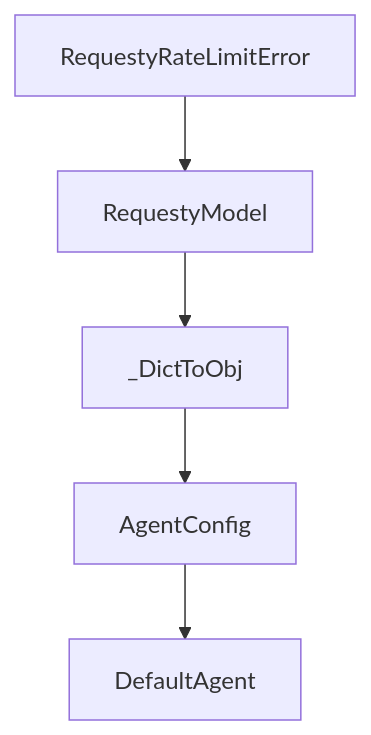
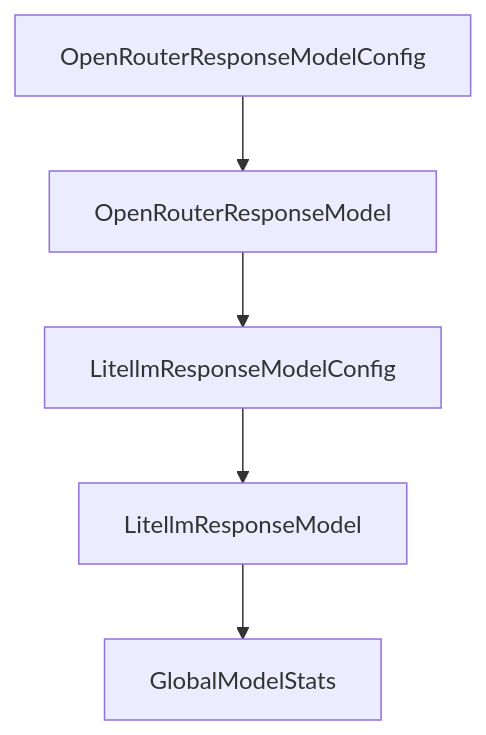
Before and after one commit to johnxie/awesome-code-docs: the diagram in tutorials/mini-swe-agent-tutorial/05-environments-sandboxing-and-deployment.md, drawn with Mermaid. The commit also changed other lines of this file and 1232 other files, not shown here.

````diff
--- a/tutorials/mini-swe-agent-tutorial/05-environments-sandboxing-and-deployment.md
+++ b/tutorials/mini-swe-agent-tutorial/05-environments-sandboxing-and-deployment.md
@@ -212,12 +210,12 @@
 ```mermaid
 flowchart TD
-    A[RequestyRateLimitError]
-    B[RequestyModel]
-    C[_DictToObj]
-    D[AgentConfig]
-    E[DefaultAgent]
+    A[OpenRouterResponseModelConfig]
+    B[OpenRouterResponseModel]
+    C[LitellmResponseModelConfig]
+    D[LitellmResponseModel]
+    E[GlobalModelStats]
     A --> B
     B --> C
     C --> D
     D --> E
 ```
````
